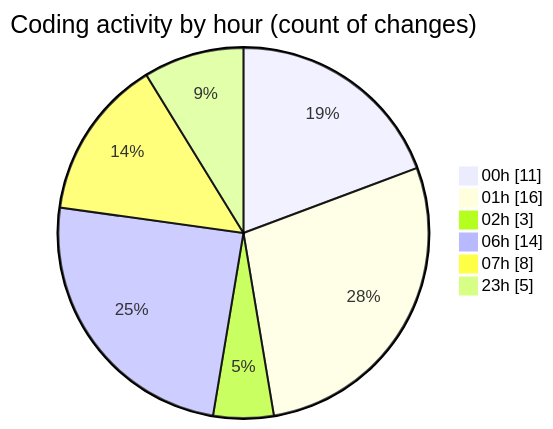
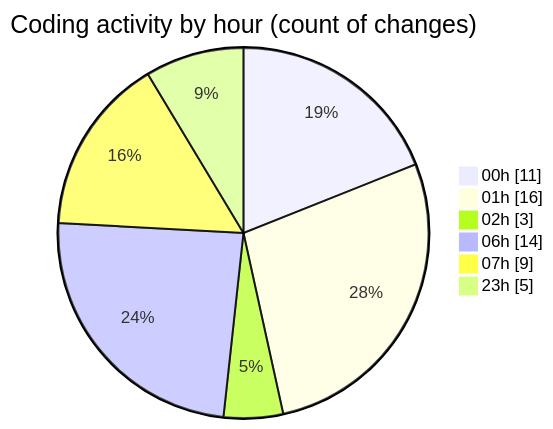
The second of 2 diagrams in 2025-02-21/projet/README.md (Elitesun/code-tracking), drawn with Mermaid before and after one commit. The commit also changed other lines of this file and 1 other file, not shown here.

````diff
--- a/2025-02-21/projet/README.md
+++ b/2025-02-21/projet/README.md
@@ -39,10 +39,10 @@
 ```mermaid
 pie showData
 title Coding activity by hour (count of changes)
 "00h" : 11
 "01h" : 16
 "02h" : 3
 "06h" : 14
-"07h" : 8
+"07h" : 9
 "23h" : 5
 ```
````
